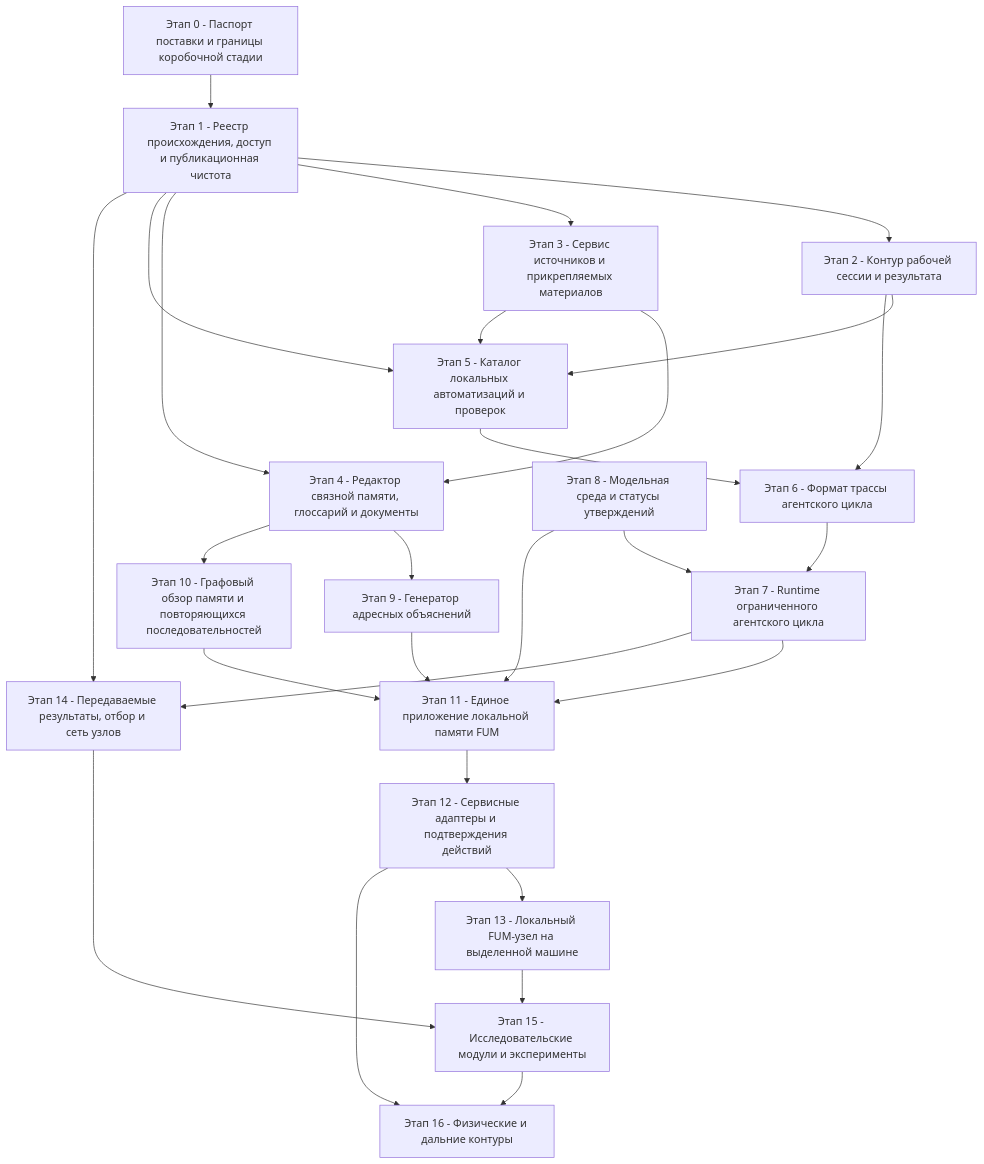
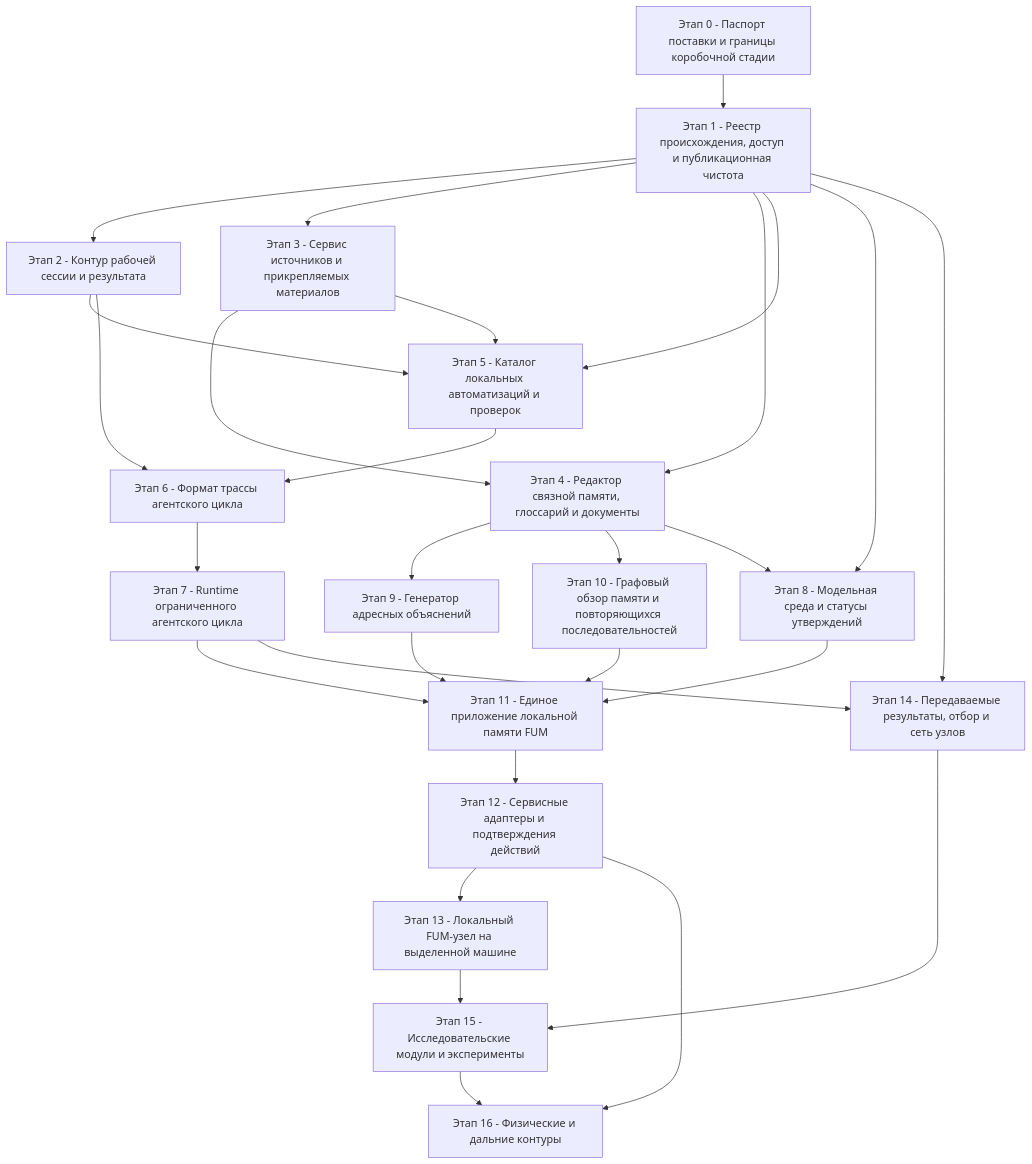
The diagram in Планирование/стадии/02-коробочная-реализация-FUM/граф-зависимостей.md (fum-lab/fum), drawn with Mermaid before and after one commit. The commit also changed other lines of this file and 39 other files, not shown here.

````diff
--- a/Планирование/стадии/02-коробочная-реализация-FUM/граф-зависимостей.md
+++ b/Планирование/стадии/02-коробочная-реализация-FUM/граф-зависимостей.md
@@ -15,47 +15,48 @@
 ```mermaid
 flowchart TD
     P0["Этап 0 - Паспорт поставки и границы коробочной стадии"]
     P1["Этап 1 - Реестр происхождения, доступ и публикационная чистота"]
     P2["Этап 2 - Контур рабочей сессии и результата"]
     P3["Этап 3 - Сервис источников и прикрепляемых материалов"]
     P4["Этап 4 - Редактор связной памяти, глоссарий и документы"]
     P5["Этап 5 - Каталог локальных автоматизаций и проверок"]
     P6["Этап 6 - Формат трассы агентского цикла"]
     P7["Этап 7 - Runtime ограниченного агентского цикла"]
     P8["Этап 8 - Модельная среда и статусы утверждений"]
     P9["Этап 9 - Генератор адресных объяснений"]
     P10["Этап 10 - Графовый обзор памяти и повторяющихся последовательностей"]
     P11["Этап 11 - Единое приложение локальной памяти FUM"]
     P12["Этап 12 - Сервисные адаптеры и подтверждения действий"]
     P13["Этап 13 - Локальный FUM-узел на выделенной машине"]
     P14["Этап 14 - Передаваемые результаты, отбор и сеть узлов"]
     P15["Этап 15 - Исследовательские модули и эксперименты"]
     P16["Этап 16 - Физические и дальние контуры"]
 
     P0 --> P1
     P1 --> P2
     P1 --> P3
     P1 --> P4
     P1 --> P5
     P2 --> P5
     P2 --> P6
     P3 --> P4
     P3 --> P5
     P4 --> P9
     P4 --> P10
     P5 --> P6
     P6 --> P7
-    P8 --> P7
+    P1 --> P8
+    P4 --> P8
     P8 --> P11
     P7 --> P11
     P9 --> P11
     P10 --> P11
     P11 --> P12
     P12 --> P13
     P1 --> P14
     P7 --> P14
     P14 --> P15
     P13 --> P15
     P12 --> P16
     P15 --> P16
 ```
````
